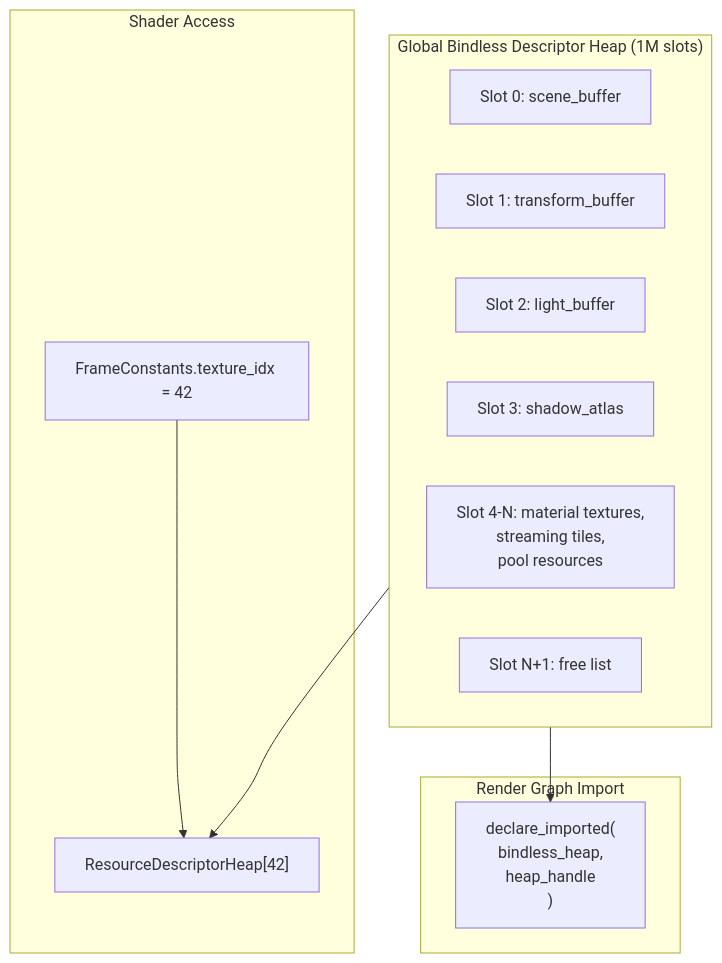
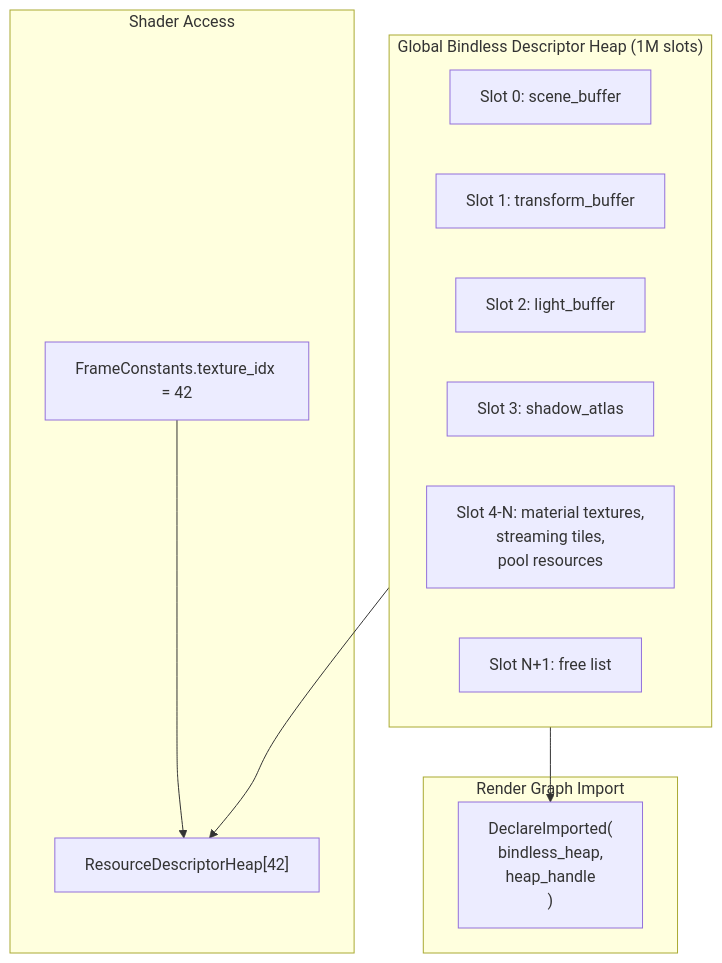
Before and after one commit to harmonius-dev/harmonius: the sixth of 8 diagrams in docs/design/asset-pipeline.md, drawn with Mermaid. The commit also changed other lines of this file and 67 other files, not shown here.

````diff
--- a/docs/design/asset-pipeline.md
+++ b/docs/design/asset-pipeline.md
@@ -715,24 +702,24 @@
 ```mermaid
 flowchart TD
     subgraph heap["Global Bindless Descriptor Heap (1M slots)"]
         S0["Slot 0: scene_buffer"]
         S1["Slot 1: transform_buffer"]
         S2["Slot 2: light_buffer"]
         S3["Slot 3: shadow_atlas"]
         SN["Slot 4-N: material textures,<br/>streaming tiles,<br/>pool resources"]
         SF["Slot N+1: free list"]
     end
 
     subgraph shader["Shader Access"]
         CB["FrameConstants.texture_idx = 42"]
         RDH["ResourceDescriptorHeap[42]"]
     end
 
     subgraph rg_import["Render Graph Import"]
-        Import["declare_imported(<br/>  bindless_heap,<br/>  heap_handle<br/>)"]
+        Import["DeclareImported(<br/>  bindless_heap,<br/>  heap_handle<br/>)"]
     end
 
     heap --> RDH
     CB --> RDH
     heap --> Import
 ```
````
